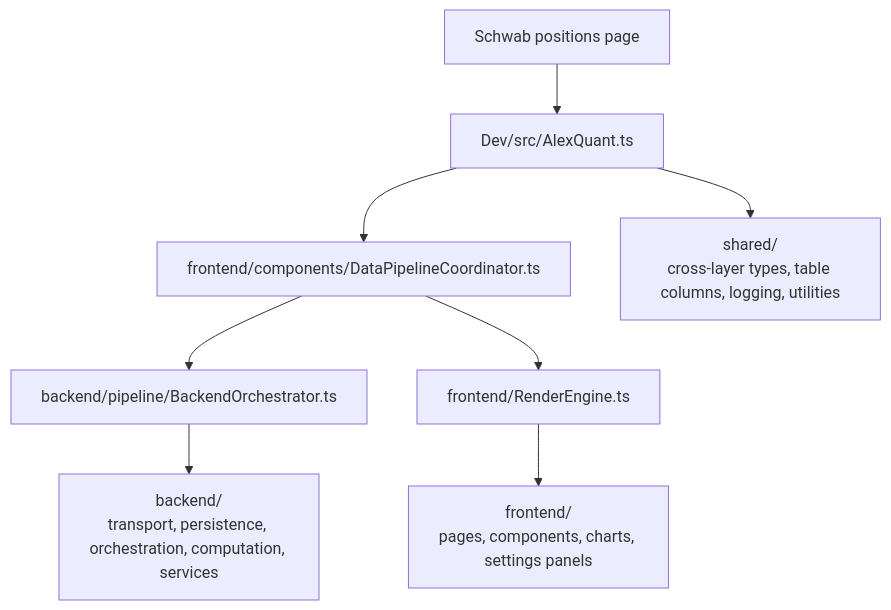
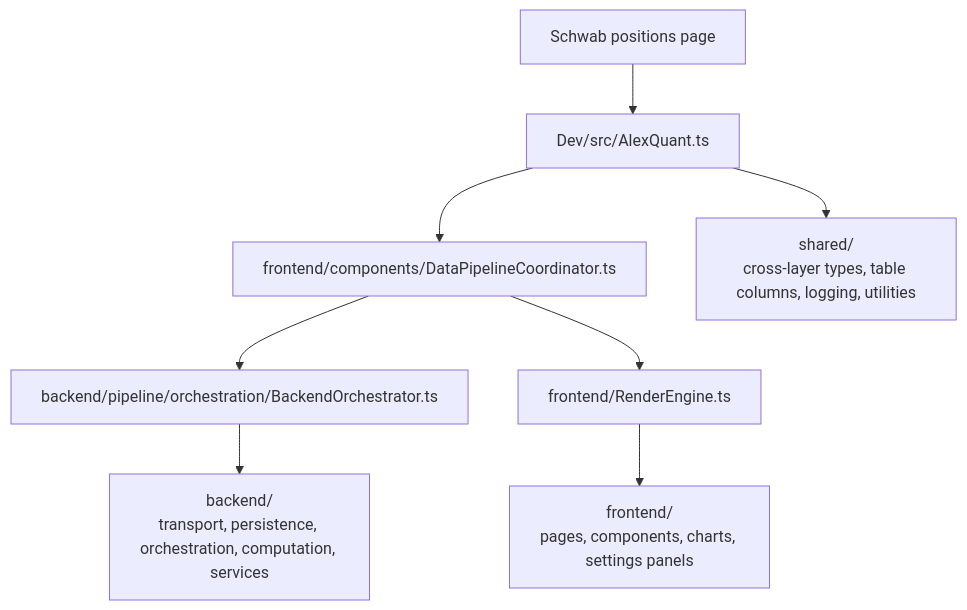
Before and after one commit to AleXbMaximum/Schwab-Userscript: the second of 2 diagrams in README.md, drawn with Mermaid. The commit also changed other lines of this file and 24 other files, not shown here.

````diff
--- a/README.md
+++ b/README.md
@@ -215,10 +215,10 @@
 ```mermaid
 flowchart TB
     Page["Schwab positions page"] --> Script["Dev/src/AlexQuant.ts"]
     Script --> Coordinator["frontend/components/DataPipelineCoordinator.ts"]
-    Coordinator --> Orchestrator["backend/pipeline/BackendOrchestrator.ts"]
+    Coordinator --> Orchestrator["backend/pipeline/orchestration/BackendOrchestrator.ts"]
     Coordinator --> Renderer["frontend/RenderEngine.ts"]
     Orchestrator --> Backend["backend/<br/>transport, persistence, orchestration, computation, services"]
     Renderer --> Frontend["frontend/<br/>pages, components, charts, settings panels"]
     Script --> Shared["shared/<br/>cross-layer types, table columns, logging, utilities"]
 ```
````
